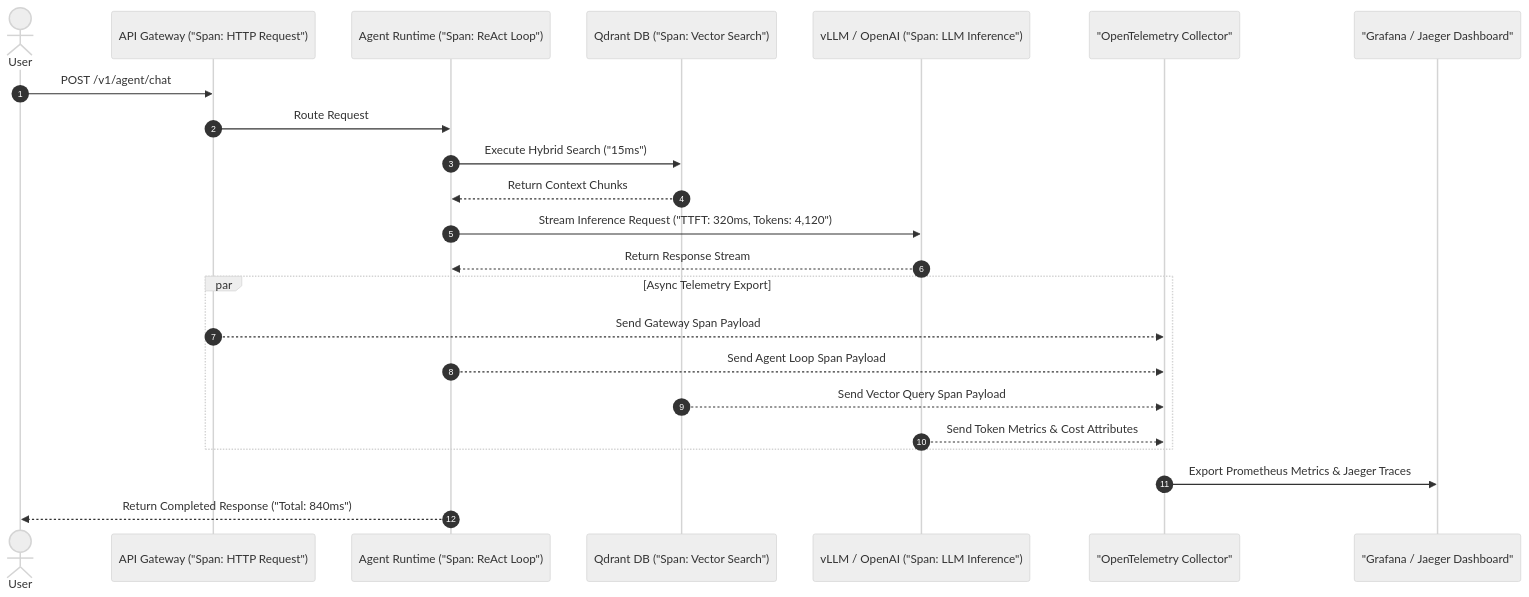
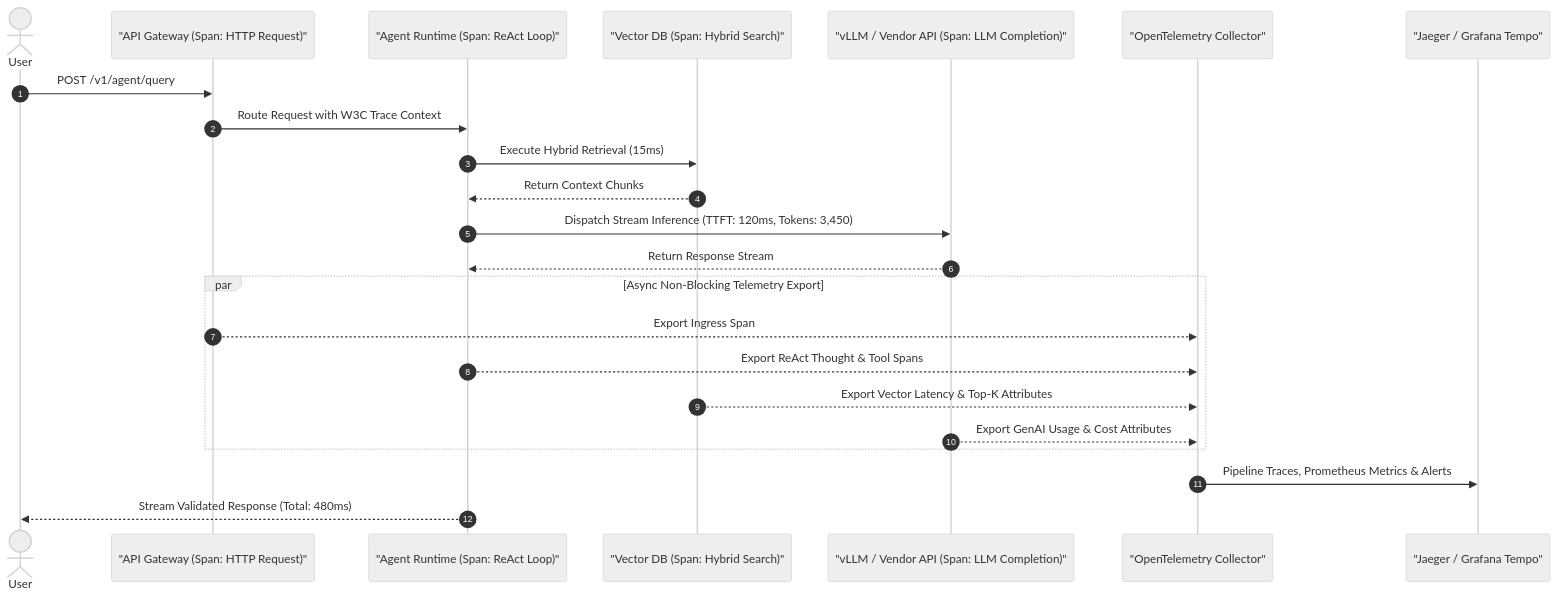
One commit to vesviet/vesviet changed the first of 2 diagrams in content/series/ai-data-engineering-pipeline/part-9-agentic-observability-monitoring.md. Above: the diagram before and after it, drawn with Mermaid (neutral theme). The commit also changed other lines of this file and 13 other files, not shown here.

````diff
--- a/content/series/ai-data-engineering-pipeline/part-9-agentic-observability-monitoring.md
+++ b/content/series/ai-data-engineering-pipeline/part-9-agentic-observability-monitoring.md
@@ -38,29 +41,29 @@
 ```mermaid
 sequenceDiagram
     autonumber
     actor User
-    participant Gateway as API Gateway ("Span: HTTP Request")
-    participant Agent as Agent Runtime ("Span: ReAct Loop")
-    participant Vector as Qdrant DB ("Span: Vector Search")
-    participant LLM as vLLM / OpenAI ("Span: LLM Inference")
+    participant Gateway as "API Gateway (Span: HTTP Request)"
+    participant Agent as "Agent Runtime (Span: ReAct Loop)"
+    participant Vector as "Vector DB (Span: Hybrid Search)"
+    participant LLM as "vLLM / Vendor API (Span: LLM Completion)"
     participant OTel as "OpenTelemetry Collector"
-    participant Grafana as "Grafana / Jaeger Dashboard"
+    participant Dashboard as "Jaeger / Grafana Tempo"
 
-    User->>Gateway: POST /v1/agent/chat
-    Gateway->>Agent: Route Request
-    Agent->>Vector: Execute Hybrid Search ("15ms")
+    User->>Gateway: POST /v1/agent/query
+    Gateway->>Agent: Route Request with W3C Trace Context
+    Agent->>Vector: Execute Hybrid Retrieval (15ms)
     Vector-->>Agent: Return Context Chunks
     
-    Agent->>LLM: Stream Inference Request ("TTFT: 320ms, Tokens: 4,120")
+    Agent->>LLM: Dispatch Stream Inference (TTFT: 120ms, Tokens: 3,450)
     LLM-->>Agent: Return Response Stream
     
-    par Async Telemetry Export
-        Gateway-->>OTel: Send Gateway Span Payload
-        Agent-->>OTel: Send Agent Loop Span Payload
-        Vector-->>OTel: Send Vector Query Span Payload
-        LLM-->>OTel: Send Token Metrics & Cost Attributes
+    par Async Non-Blocking Telemetry Export
+        Gateway-->>OTel: Export Ingress Span
+        Agent-->>OTel: Export ReAct Thought & Tool Spans
+        Vector-->>OTel: Export Vector Latency & Top-K Attributes
+        LLM-->>OTel: Export GenAI Usage & Cost Attributes
     end
 
-    OTel->>Grafana: Export Prometheus Metrics & Jaeger Traces
-    Agent-->>User: Return Completed Response ("Total: 840ms")
+    OTel->>Dashboard: Pipeline Traces, Prometheus Metrics & Alerts
+    Agent-->>User: Stream Validated Response (Total: 480ms)
 ```
````
